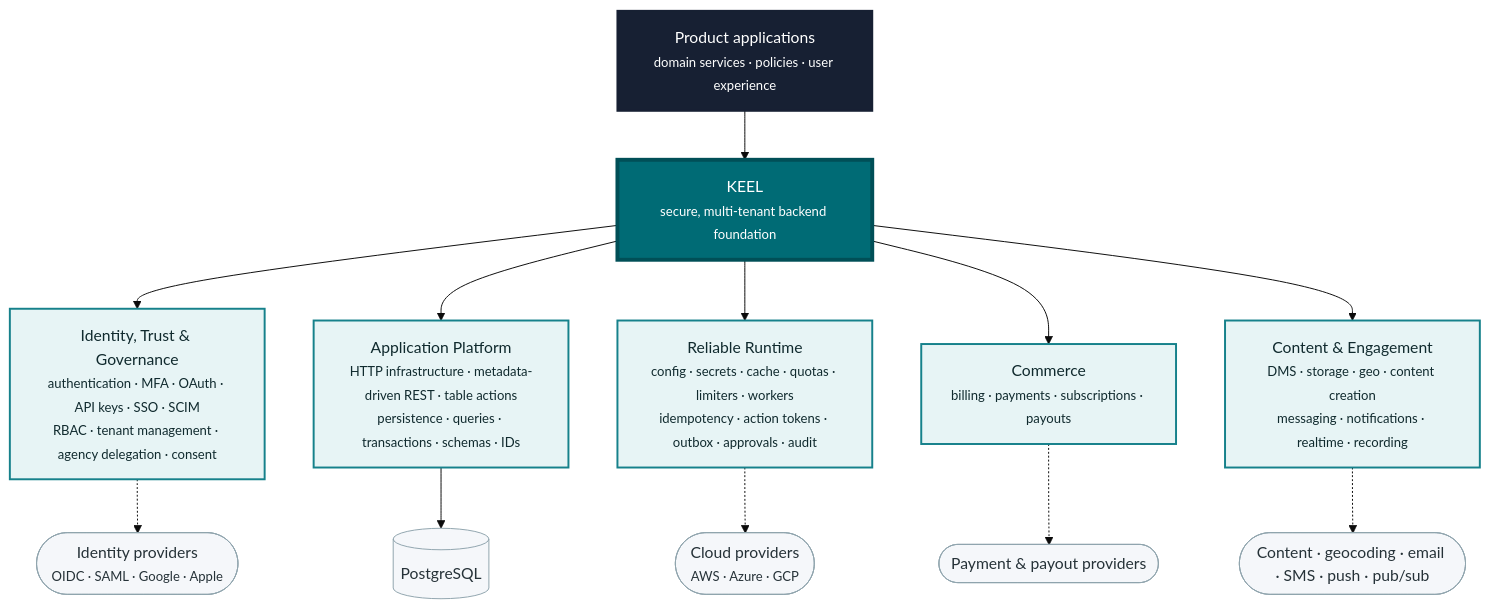
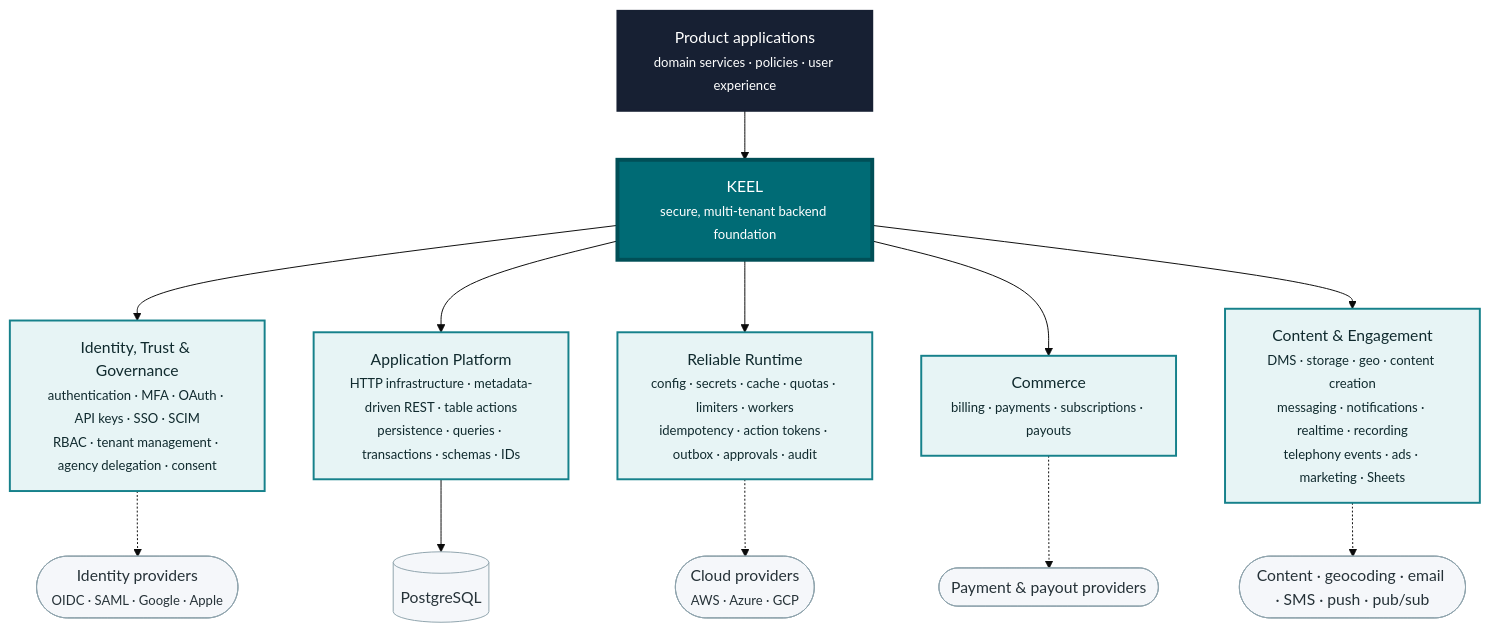
Before and after one commit to nauticana/keel: the diagram in README.md, drawn with Mermaid (base theme). The commit also changed 121 other files, not shown here.

````diff
--- a/README.md
+++ b/README.md
@@ -7,27 +7,27 @@
 ```mermaid
 flowchart TB
     APP["Product applications<br/><small>domain services · policies · user experience</small>"]
     KEEL["KEEL<br/><small>secure, multi-tenant backend foundation</small>"]
     APP --> KEEL
 
     KEEL --> TRUST["Identity, Trust & Governance<br/><small>authentication · MFA · OAuth · API keys · SSO · SCIM<br/>RBAC · tenant management · agency delegation · consent</small>"]
     KEEL --> PLATFORM["Application Platform<br/><small>HTTP infrastructure · metadata-driven REST · table actions<br/>persistence · queries · transactions · schemas · IDs</small>"]
     KEEL --> RUNTIME["Reliable Runtime<br/><small>config · secrets · cache · quotas · limiters · workers<br/>idempotency · action tokens · outbox · approvals · audit</small>"]
     KEEL --> COMMERCE["Commerce<br/><small>billing · payments · subscriptions · payouts</small>"]
-    KEEL --> EXPERIENCE["Content & Engagement<br/><small>DMS · storage · geo · content creation<br/>messaging · notifications · realtime · recording</small>"]
+    KEEL --> EXPERIENCE["Content & Engagement<br/><small>DMS · storage · geo · content creation<br/>messaging · notifications · realtime · recording<br/>telephony events · ads · marketing · Sheets</small>"]
 
     TRUST -.-> IDP(["Identity providers<br/><small>OIDC · SAML · Google · Apple</small>"])
     PLATFORM --> DB[(PostgreSQL)]
     RUNTIME -.-> CLOUD(["Cloud providers<br/><small>AWS · Azure · GCP</small>"])
     COMMERCE -.-> FINANCE(["Payment & payout providers"])
     EXPERIENCE -.-> SYSTEMS(["Content · geocoding · email · SMS · push · pub/sub"])
 
     classDef app fill:#172033,color:#ffffff,stroke:#172033,stroke-width:2px
     classDef keel fill:#006b75,color:#ffffff,stroke:#004f57,stroke-width:4px
     classDef capability fill:#e7f4f5,color:#102a2e,stroke:#16818b,stroke-width:2px
     classDef adapter fill:#f5f7fa,color:#263238,stroke:#90a4ae,stroke-width:1px
     class APP app
     class KEEL keel
     class TRUST,PLATFORM,RUNTIME,COMMERCE,EXPERIENCE capability
     class IDP,DB,CLOUD,FINANCE,SYSTEMS adapter
 ```
````
